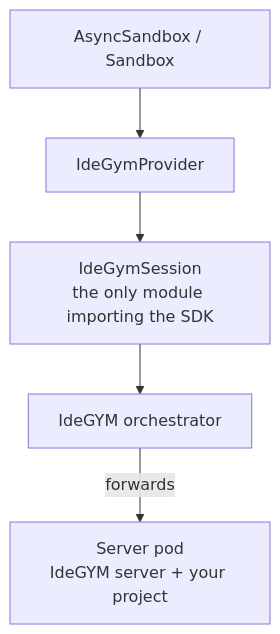
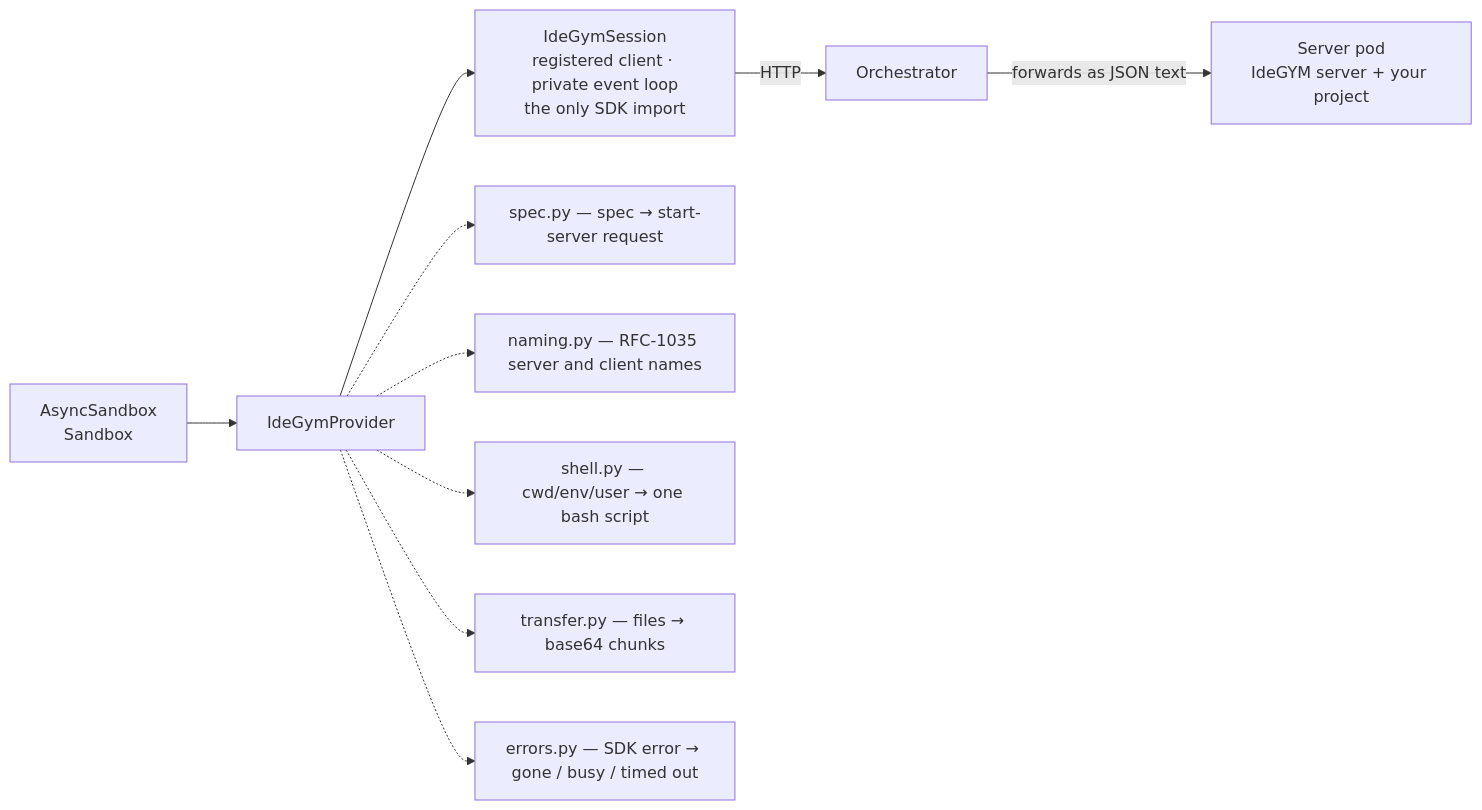
Before and after one commit to NVIDIA-NeMo/Gym: the first of 2 diagrams in nemo_gym/sandbox/providers/idegym/README.md, drawn with Mermaid. The commit also changed other lines of this file and 2 other files, not shown here.

First line of the commit message:
docs(idegym): simplify the wording and widen the diagrams

````diff
--- a/nemo_gym/sandbox/providers/idegym/README.md
+++ b/nemo_gym/sandbox/providers/idegym/README.md
@@ -109,7 +109,13 @@
 ```mermaid
-flowchart TB
-    API["AsyncSandbox / Sandbox"] --> P["IdeGymProvider"]
-    P --> S["IdeGymSession<br/>the only module importing the SDK"]
-    S --> O["IdeGYM orchestrator"]
-    O -->|forwards| Pod["Server pod<br/>IdeGYM server + your project"]
+flowchart LR
+    API["AsyncSandbox<br/>Sandbox"] --> P["IdeGymProvider"]
+    P --> S["IdeGymSession<br/>registered client · private event loop<br/>the only SDK import"]
+    S -->|HTTP| O["Orchestrator"]
+    O -->|"forwards as JSON text"| Pod["Server pod<br/>IdeGYM server + your project"]
+
+    P -.-> SP["spec.py — spec → start-server request"]
+    P -.-> NA["naming.py — RFC-1035 server and client names"]
+    P -.-> SH["shell.py — cwd/env/user → one bash script"]
+    P -.-> TR["transfer.py — files → base64 chunks"]
+    P -.-> ER["errors.py — SDK error → gone / busy / timed out"]
 ```
````
